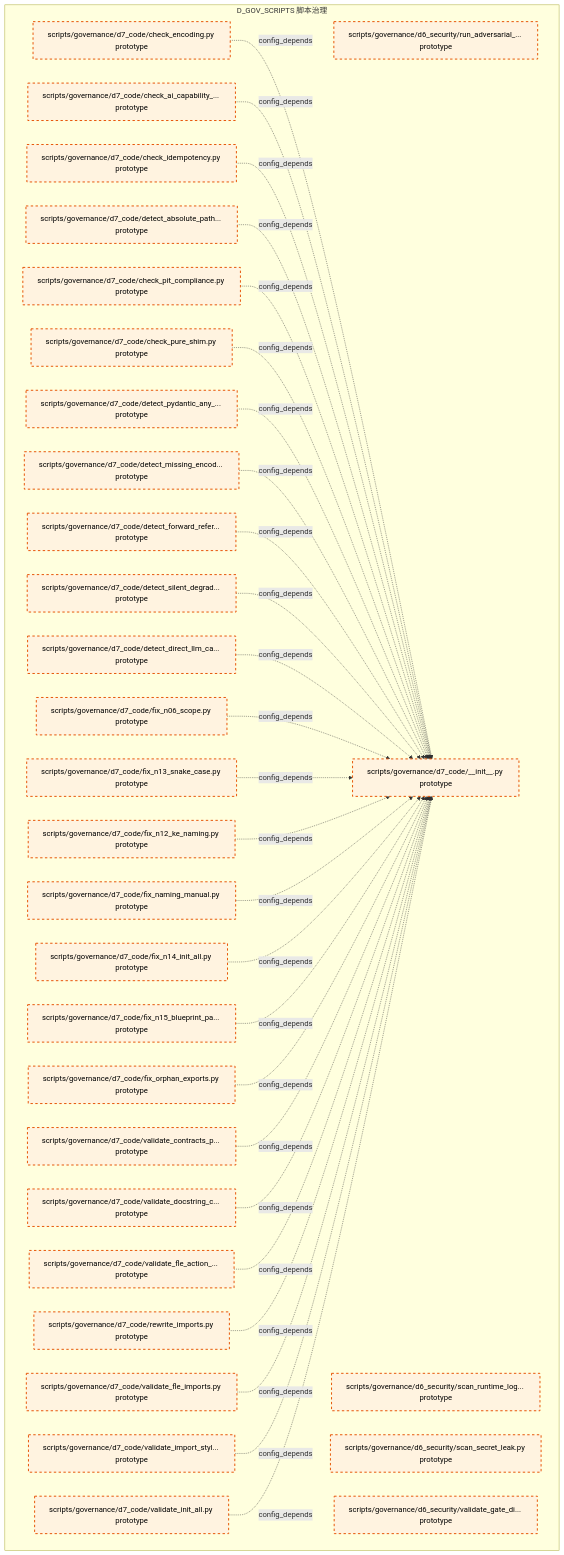
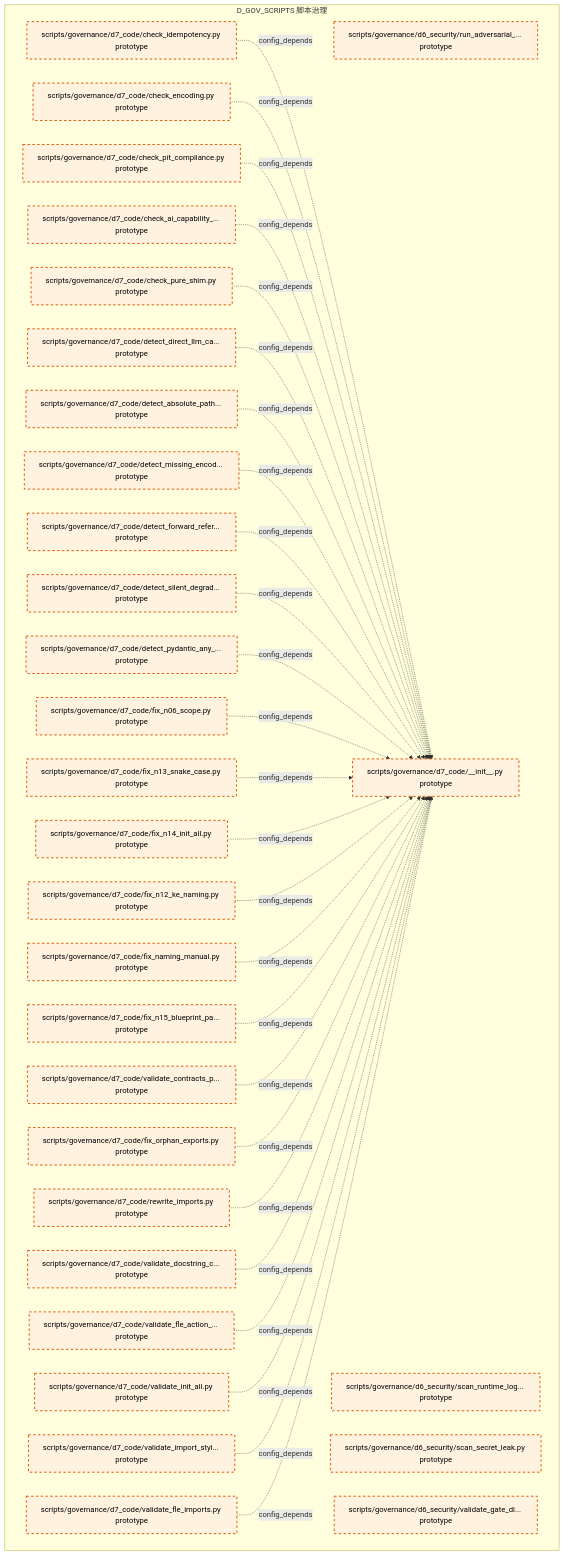
One commit to xuanFelixVan/ZephyrAlpha changed the tenth of 15 diagrams in docs/02_enterprise_architecture/02_domain_architecture_docs/39_d_gov_scripts.md. Above: the diagram before and after it, drawn with Mermaid. The commit also changed other lines of this file and 105 other files, not shown here.

````diff
--- a/docs/02_enterprise_architecture/02_domain_architecture_docs/39_d_gov_scripts.md
+++ b/docs/02_enterprise_architecture/02_domain_architecture_docs/39_d_gov_scripts.md
@@ -699,65 +700,65 @@
 ```mermaid
 graph TD
     subgraph D_GOV_SCRIPTS["D_GOV_SCRIPTS 脚本治理"]
         scripts_governance_d6_security_run_adversarial_checks_py["scripts/governance/d6_security/run_adversarial_... prototype"]
         scripts_governance_d6_security_scan_runtime_log_secrets_py["scripts/governance/d6_security/scan_runtime_log... prototype"]
         scripts_governance_d6_security_scan_secret_leak_py["scripts/governance/d6_security/scan_secret_leak.py prototype"]
         scripts_governance_d6_security_validate_gate_discipline_py["scripts/governance/d6_security/validate_gate_di... prototype"]
         scripts_governance_d7_code_init_py["scripts/governance/d7_code/__init__.py prototype"]
         scripts_governance_d7_code_check_ai_capability_boundary_py["scripts/governance/d7_code/check_ai_capability_... prototype"]
         scripts_governance_d7_code_check_encoding_py["scripts/governance/d7_code/check_encoding.py prototype"]
         scripts_governance_d7_code_check_idempotency_py["scripts/governance/d7_code/check_idempotency.py prototype"]
         scripts_governance_d7_code_check_pit_compliance_py["scripts/governance/d7_code/check_pit_compliance.py prototype"]
         scripts_governance_d7_code_check_pure_shim_py["scripts/governance/d7_code/check_pure_shim.py prototype"]
         scripts_governance_d7_code_detect_absolute_path_hardcoding_py["scripts/governance/d7_code/detect_absolute_path... prototype"]
         scripts_governance_d7_code_detect_direct_llm_calls_py["scripts/governance/d7_code/detect_direct_llm_ca... prototype"]
         scripts_governance_d7_code_detect_forward_reference_py["scripts/governance/d7_code/detect_forward_refer... prototype"]
         scripts_governance_d7_code_detect_missing_encoding_py["scripts/governance/d7_code/detect_missing_encod... prototype"]
         scripts_governance_d7_code_detect_pydantic_any_fields_py["scripts/governance/d7_code/detect_pydantic_any_... prototype"]
         scripts_governance_d7_code_detect_silent_degradation_py["scripts/governance/d7_code/detect_silent_degrad... prototype"]
         scripts_governance_d7_code_fix_n06_scope_py["scripts/governance/d7_code/fix_n06_scope.py prototype"]
         scripts_governance_d7_code_fix_n12_ke_naming_py["scripts/governance/d7_code/fix_n12_ke_naming.py prototype"]
         scripts_governance_d7_code_fix_n13_snake_case_py["scripts/governance/d7_code/fix_n13_snake_case.py prototype"]
         scripts_governance_d7_code_fix_n14_init_all_py["scripts/governance/d7_code/fix_n14_init_all.py prototype"]
         scripts_governance_d7_code_fix_n15_blueprint_path_py["scripts/governance/d7_code/fix_n15_blueprint_pa... prototype"]
         scripts_governance_d7_code_fix_naming_manual_py["scripts/governance/d7_code/fix_naming_manual.py prototype"]
         scripts_governance_d7_code_fix_orphan_exports_py["scripts/governance/d7_code/fix_orphan_exports.py prototype"]
         scripts_governance_d7_code_rewrite_imports_py["scripts/governance/d7_code/rewrite_imports.py prototype"]
         scripts_governance_d7_code_validate_contracts_purity_py["scripts/governance/d7_code/validate_contracts_p... prototype"]
         scripts_governance_d7_code_validate_docstring_coverage_py["scripts/governance/d7_code/validate_docstring_c... prototype"]
         scripts_governance_d7_code_validate_fle_action_metadata_py["scripts/governance/d7_code/validate_fle_action_... prototype"]
         scripts_governance_d7_code_validate_fle_imports_py["scripts/governance/d7_code/validate_fle_imports.py prototype"]
         scripts_governance_d7_code_validate_import_style_py["scripts/governance/d7_code/validate_import_styl... prototype"]
         scripts_governance_d7_code_validate_init_all_py["scripts/governance/d7_code/validate_init_all.py prototype"]
     end
+    scripts_governance_d7_code_check_idempotency_py -.->|config_depends| scripts_governance_d7_code_init_py
     scripts_governance_d7_code_check_encoding_py -.->|config_depends| scripts_governance_d7_code_init_py
+    scripts_governance_d7_code_check_pit_compliance_py -.->|config_depends| scripts_governance_d7_code_init_py
     scripts_governance_d7_code_check_ai_capability_boundary_py -.->|config_depends| scripts_governance_d7_code_init_py
-    scripts_governance_d7_code_check_idempotency_py -.->|config_depends| scripts_governance_d7_code_init_py
+    scripts_governance_d7_code_check_pure_shim_py -.->|config_depends| scripts_governance_d7_code_init_py
+    scripts_governance_d7_code_detect_direct_llm_calls_py -.->|config_depends| scripts_governance_d7_code_init_py
     scripts_governance_d7_code_detect_absolute_path_hardcoding_py -.->|config_depends| scripts_governance_d7_code_init_py
-    scripts_governance_d7_code_check_pit_compliance_py -.->|config_depends| scripts_governance_d7_code_init_py
-    scripts_governance_d7_code_check_pure_shim_py -.->|config_depends| scripts_governance_d7_code_init_py
-    scripts_governance_d7_code_detect_pydantic_any_fields_py -.->|config_depends| scripts_governance_d7_code_init_py
     scripts_governance_d7_code_detect_missing_encoding_py -.->|config_depends| scripts_governance_d7_code_init_py
     scripts_governance_d7_code_detect_forward_reference_py -.->|config_depends| scripts_governance_d7_code_init_py
     scripts_governance_d7_code_detect_silent_degradation_py -.->|config_depends| scripts_governance_d7_code_init_py
-    scripts_governance_d7_code_detect_direct_llm_calls_py -.->|config_depends| scripts_governance_d7_code_init_py
+    scripts_governance_d7_code_detect_pydantic_any_fields_py -.->|config_depends| scripts_governance_d7_code_init_py
     scripts_governance_d7_code_fix_n06_scope_py -.->|config_depends| scripts_governance_d7_code_init_py
     scripts_governance_d7_code_fix_n13_snake_case_py -.->|config_depends| scripts_governance_d7_code_init_py
+    scripts_governance_d7_code_fix_n14_init_all_py -.->|config_depends| scripts_governance_d7_code_init_py
     scripts_governance_d7_code_fix_n12_ke_naming_py -.->|config_depends| scripts_governance_d7_code_init_py
     scripts_governance_d7_code_fix_naming_manual_py -.->|config_depends| scripts_governance_d7_code_init_py
-    scripts_governance_d7_code_fix_n14_init_all_py -.->|config_depends| scripts_governance_d7_code_init_py
     scripts_governance_d7_code_fix_n15_blueprint_path_py -.->|config_depends| scripts_governance_d7_code_init_py
+    scripts_governance_d7_code_validate_contracts_purity_py -.->|config_depends| scripts_governance_d7_code_init_py
     scripts_governance_d7_code_fix_orphan_exports_py -.->|config_depends| scripts_governance_d7_code_init_py
-    scripts_governance_d7_code_validate_contracts_purity_py -.->|config_depends| scripts_governance_d7_code_init_py
+    scripts_governance_d7_code_rewrite_imports_py -.->|config_depends| scripts_governance_d7_code_init_py
     scripts_governance_d7_code_validate_docstring_coverage_py -.->|config_depends| scripts_governance_d7_code_init_py
     scripts_governance_d7_code_validate_fle_action_metadata_py -.->|config_depends| scripts_governance_d7_code_init_py
-    scripts_governance_d7_code_rewrite_imports_py -.->|config_depends| scripts_governance_d7_code_init_py
+    scripts_governance_d7_code_validate_init_all_py -.->|config_depends| scripts_governance_d7_code_init_py
+    scripts_governance_d7_code_validate_import_style_py -.->|config_depends| scripts_governance_d7_code_init_py
     scripts_governance_d7_code_validate_fle_imports_py -.->|config_depends| scripts_governance_d7_code_init_py
-    scripts_governance_d7_code_validate_import_style_py -.->|config_depends| scripts_governance_d7_code_init_py
-    scripts_governance_d7_code_validate_init_all_py -.->|config_depends| scripts_governance_d7_code_init_py
     classDef production fill:#e1f5fe,stroke:#01579b,stroke-width:2px,color:#000
     classDef design fill:#fff3e0,stroke:#e65100,stroke-width:2px,color:#000,stroke-dasharray: 5 5
     classDef external_prod fill:#e8f5e9,stroke:#1b5e20,stroke-width:1px,color:#000
     classDef external_design fill:#fce4ec,stroke:#880e4f,stroke-width:1px,color:#000,stroke-dasharray: 5 5
     class scripts_governance_d6_security_run_adversarial_checks_py,scripts_governance_d6_security_scan_runtime_log_secrets_py,scripts_governance_d6_security_scan_secret_leak_py,scripts_governance_d6_security_validate_gate_discipline_py,scripts_governance_d7_code_init_py,scripts_governance_d7_code_check_ai_capability_boundary_py,scripts_governance_d7_code_check_encoding_py,scripts_governance_d7_code_check_idempotency_py,scripts_governance_d7_code_check_pit_compliance_py,scripts_governance_d7_code_check_pure_shim_py,scripts_governance_d7_code_detect_absolute_path_hardcoding_py,scripts_governance_d7_code_detect_direct_llm_calls_py,scripts_governance_d7_code_detect_forward_reference_py,scripts_governance_d7_code_detect_missing_encoding_py,scripts_governance_d7_code_detect_pydantic_any_fields_py,scripts_governance_d7_code_detect_silent_degradation_py,scripts_governance_d7_code_fix_n06_scope_py,scripts_governance_d7_code_fix_n12_ke_naming_py,scripts_governance_d7_code_fix_n13_snake_case_py,scripts_governance_d7_code_fix_n14_init_all_py,scripts_governance_d7_code_fix_n15_blueprint_path_py,scripts_governance_d7_code_fix_naming_manual_py,scripts_governance_d7_code_fix_orphan_exports_py,scripts_governance_d7_code_rewrite_imports_py,scripts_governance_d7_code_validate_contracts_purity_py,scripts_governance_d7_code_validate_docstring_coverage_py,scripts_governance_d7_code_validate_fle_action_metadata_py,scripts_governance_d7_code_validate_fle_imports_py,scripts_governance_d7_code_validate_import_style_py,scripts_governance_d7_code_validate_init_all_py design
 ```
````
